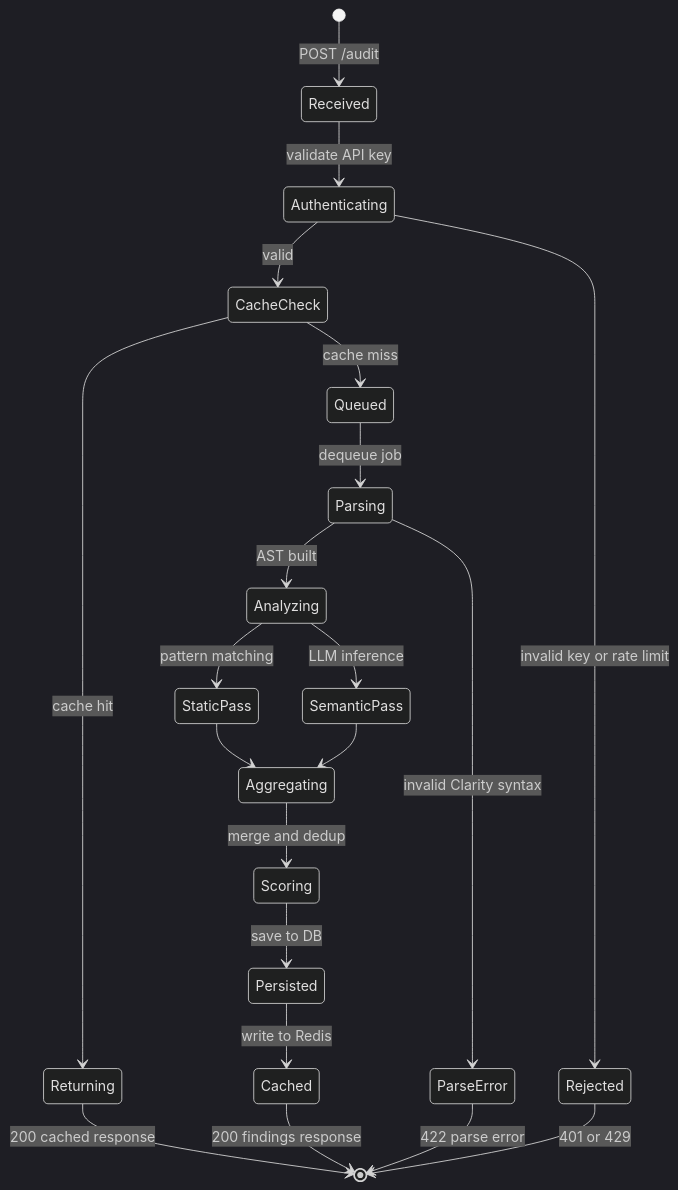
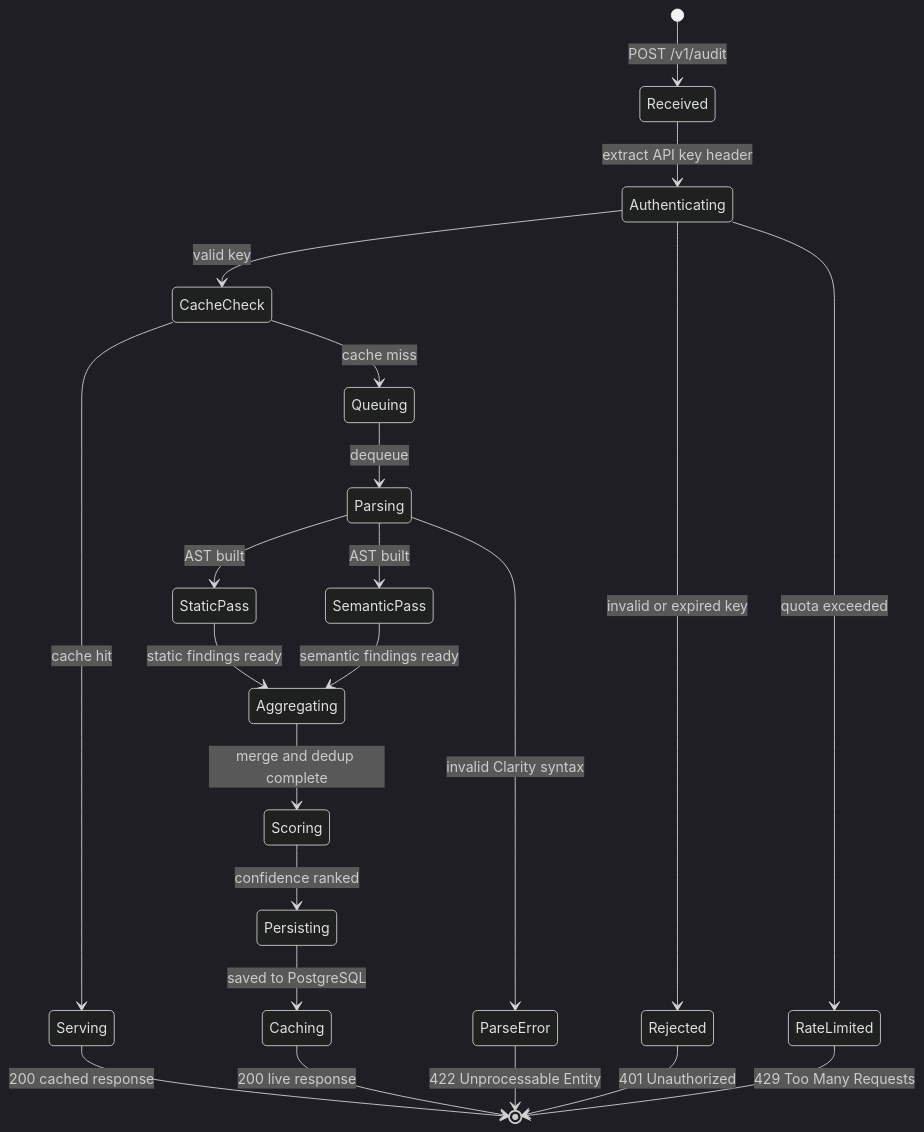
One commit to Nidhicodes/claritylens changed the seventh of 8 diagrams in README.md. Above: the diagram before and after it, drawn with Mermaid (dark theme). The commit also changed other lines of this file, not shown here.

````diff
--- a/README.md
+++ b/README.md
@@ -522,31 +498,31 @@
 ```mermaid
 stateDiagram-v2
-    [*] --> Received : POST /audit
+    [*] --> Received : POST /v1/audit
 
-    Received --> Authenticating : validate API key
-    Authenticating --> Rejected : invalid key or rate limit
-    Authenticating --> CacheCheck : valid
+    Received --> Authenticating : extract API key header
+    Authenticating --> Rejected : invalid or expired key
+    Authenticating --> RateLimited : quota exceeded
+    Authenticating --> CacheCheck : valid key
 
-    CacheCheck --> Returning : cache hit
-    CacheCheck --> Queued : cache miss
+    CacheCheck --> Serving : cache hit
+    CacheCheck --> Queuing : cache miss
 
-    Returning --> [*] : 200 cached response
+    Serving --> [*] : 200 cached response
 
-    Queued --> Parsing : dequeue job
+    Queuing --> Parsing : dequeue
     Parsing --> ParseError : invalid Clarity syntax
-    Parsing --> Analyzing : AST built
+    Parsing --> StaticPass : AST built
+    Parsing --> SemanticPass : AST built
 
-    Analyzing --> StaticPass : pattern matching
-    Analyzing --> SemanticPass : LLM inference
-    StaticPass --> Aggregating
-    SemanticPass --> Aggregating
+    StaticPass --> Aggregating : static findings ready
+    SemanticPass --> Aggregating : semantic findings ready
 
-    Aggregating --> Scoring : merge and dedup
-    Scoring --> Persisted : save to DB
+    Aggregating --> Scoring : merge and dedup complete
+    Scoring --> Persisting : confidence ranked
+    Persisting --> Caching : saved to PostgreSQL
+    Caching --> [*] : 200 live response
 
-    Persisted --> Cached : write to Redis
-    Cached --> [*] : 200 findings response
-
-    ParseError --> [*] : 422 parse error
-    Rejected --> [*] : 401 or 429
+    ParseError --> [*] : 422 Unprocessable Entity
+    Rejected --> [*] : 401 Unauthorized
+    RateLimited --> [*] : 429 Too Many Requests
 ```
````
